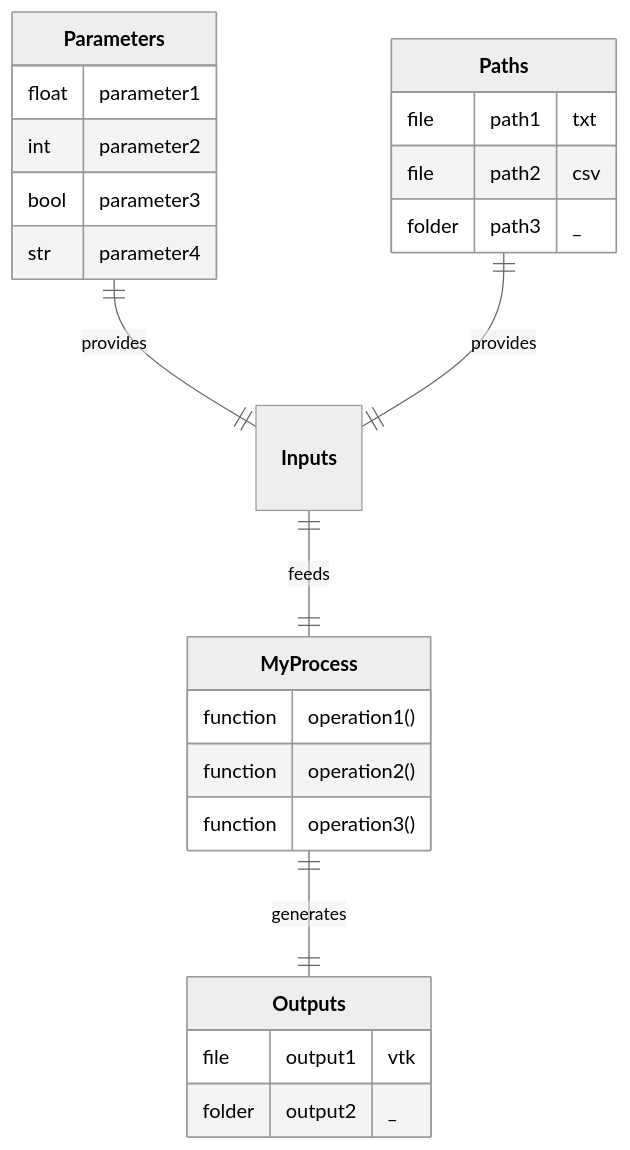
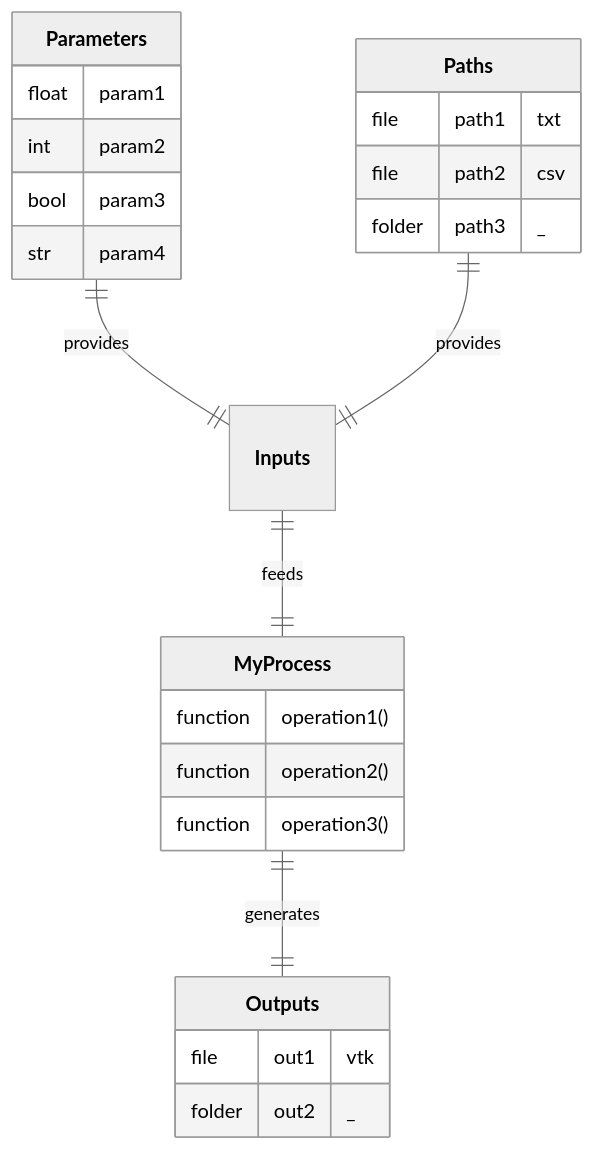
The third of 9 diagrams in README.md (nuremics/nuremics), drawn with Mermaid (neutral theme) before and after one commit. The commit also changed other lines of this file, not shown here.

````diff
--- a/README.md
+++ b/README.md
@@ -127,28 +127,28 @@
 ```mermaid
 erDiagram
   **Parameters** ||--|| **Inputs** : provides
   **Paths** ||--|| **Inputs** : provides
   **Inputs** ||--|| **MyProcess** : feeds
   **MyProcess** ||--|| **Outputs** : generates
 
   **Parameters** {
-    float parameter1
-    int parameter2
-    bool parameter3
-    str parameter4
+    float param1
+    int param2
+    bool param3
+    str param4
   }
   **Paths** {
     file path1 "txt"
     file path2 "csv"
     folder path3 "_"
   }
   **MyProcess** {
     function operation1()
     function operation2()
     function operation3()
   }
   **Outputs** {
-    file output1 "vtk"
-    folder output2 "_"
+    file out1 "vtk"
+    folder out2 "_"
   }
 ```
````
